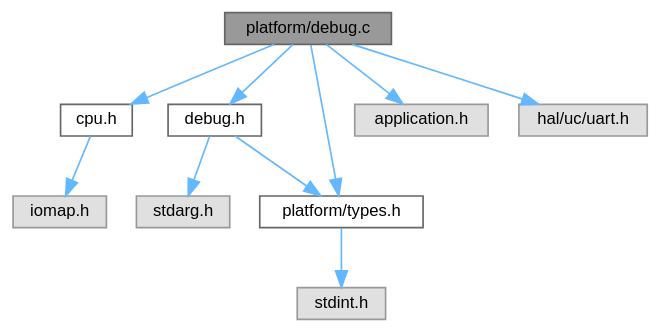
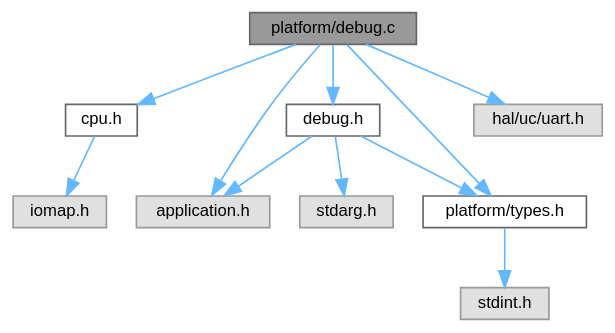
Before and after one commit to ebs-universe/piolib-platform: the diagram in debug_8c__incl.dot, drawn with Graphviz. The commit also changed 52 other files, not shown here.

```diff
--- a/debug_8c__incl.dot
+++ b/debug_8c__incl.dot
@@ -1,26 +1,27 @@
 digraph "platform/debug.c"
 {
  // INTERACTIVE_SVG=YES
  // LATEX_PDF_SIZE
   bgcolor="transparent";
   edge [fontname=Helvetica,fontsize=10,labelfontname=Helvetica,labelfontsize=10];
   node [fontname=Helvetica,fontsize=10,shape=box,height=0.2,width=0.4];
   Node1 [id="Node000001",label="platform/debug.c",height=0.2,width=0.4,color="gray40", fillcolor="grey60", style="filled", fontcolor="black",tooltip=" "];
   Node1 -> Node2 [id="edge1_Node000001_Node000002",color="steelblue1",style="solid",tooltip=" "];
   Node2 [id="Node000002",label="cpu.h",height=0.2,width=0.4,color="grey40", fillcolor="white", style="filled",URL="$cpu_8h.html",tooltip="Definitions for EBS CPU controls."];
   Node2 -> Node3 [id="edge2_Node000002_Node000003",color="steelblue1",style="solid",tooltip=" "];
   Node3 [id="Node000003",label="iomap.h",height=0.2,width=0.4,color="grey60", fillcolor="#E0E0E0", style="filled",tooltip=" "];
   Node1 -> Node4 [id="edge3_Node000001_Node000004",color="steelblue1",style="solid",tooltip=" "];
   Node4 [id="Node000004",label="debug.h",height=0.2,width=0.4,color="grey40", fillcolor="white", style="filled",URL="$debug_8h.html",tooltip=" "];
   Node4 -> Node5 [id="edge4_Node000004_Node000005",color="steelblue1",style="solid",tooltip=" "];
-  Node5 [id="Node000005",label="stdarg.h",height=0.2,width=0.4,color="grey60", fillcolor="#E0E0E0", style="filled",tooltip=" "];
+  Node5 [id="Node000005",label="application.h",height=0.2,width=0.4,color="grey60", fillcolor="#E0E0E0", style="filled",tooltip=" "];
   Node4 -> Node6 [id="edge5_Node000004_Node000006",color="steelblue1",style="solid",tooltip=" "];
-  Node6 [id="Node000006",label="platform/types.h",height=0.2,width=0.4,color="grey40", fillcolor="white", style="filled",URL="$types_8h.html",tooltip=" "];
-  Node6 -> Node7 [id="edge6_Node000006_Node000007",color="steelblue1",style="solid",tooltip=" "];
-  Node7 [id="Node000007",label="stdint.h",height=0.2,width=0.4,color="grey60", fillcolor="#E0E0E0", style="filled",tooltip=" "];
-  Node1 -> Node6 [id="edge7_Node000001_Node000006",color="steelblue1",style="solid",tooltip=" "];
-  Node1 -> Node8 [id="edge8_Node000001_Node000008",color="steelblue1",style="solid",tooltip=" "];
-  Node8 [id="Node000008",label="application.h",height=0.2,width=0.4,color="grey60", fillcolor="#E0E0E0", style="filled",tooltip=" "];
-  Node1 -> Node9 [id="edge9_Node000001_Node000009",color="steelblue1",style="solid",tooltip=" "];
+  Node6 [id="Node000006",label="stdarg.h",height=0.2,width=0.4,color="grey60", fillcolor="#E0E0E0", style="filled",tooltip=" "];
+  Node4 -> Node7 [id="edge6_Node000004_Node000007",color="steelblue1",style="solid",tooltip=" "];
+  Node7 [id="Node000007",label="platform/types.h",height=0.2,width=0.4,color="grey40", fillcolor="white", style="filled",URL="$types_8h.html",tooltip=" "];
+  Node7 -> Node8 [id="edge7_Node000007_Node000008",color="steelblue1",style="solid",tooltip=" "];
+  Node8 [id="Node000008",label="stdint.h",height=0.2,width=0.4,color="grey60", fillcolor="#E0E0E0", style="filled",tooltip=" "];
+  Node1 -> Node7 [id="edge8_Node000001_Node000007",color="steelblue1",style="solid",tooltip=" "];
+  Node1 -> Node5 [id="edge9_Node000001_Node000005",color="steelblue1",style="solid",tooltip=" "];
+  Node1 -> Node9 [id="edge10_Node000001_Node000009",color="steelblue1",style="solid",tooltip=" "];
   Node9 [id="Node000009",label="hal/uc/uart.h",height=0.2,width=0.4,color="grey60", fillcolor="#E0E0E0", style="filled",tooltip=" "];
 }
```
